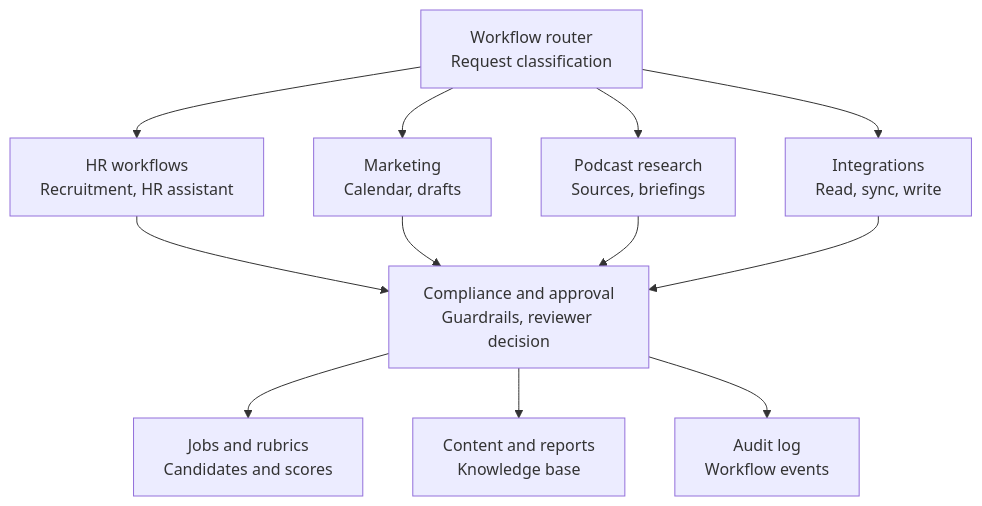
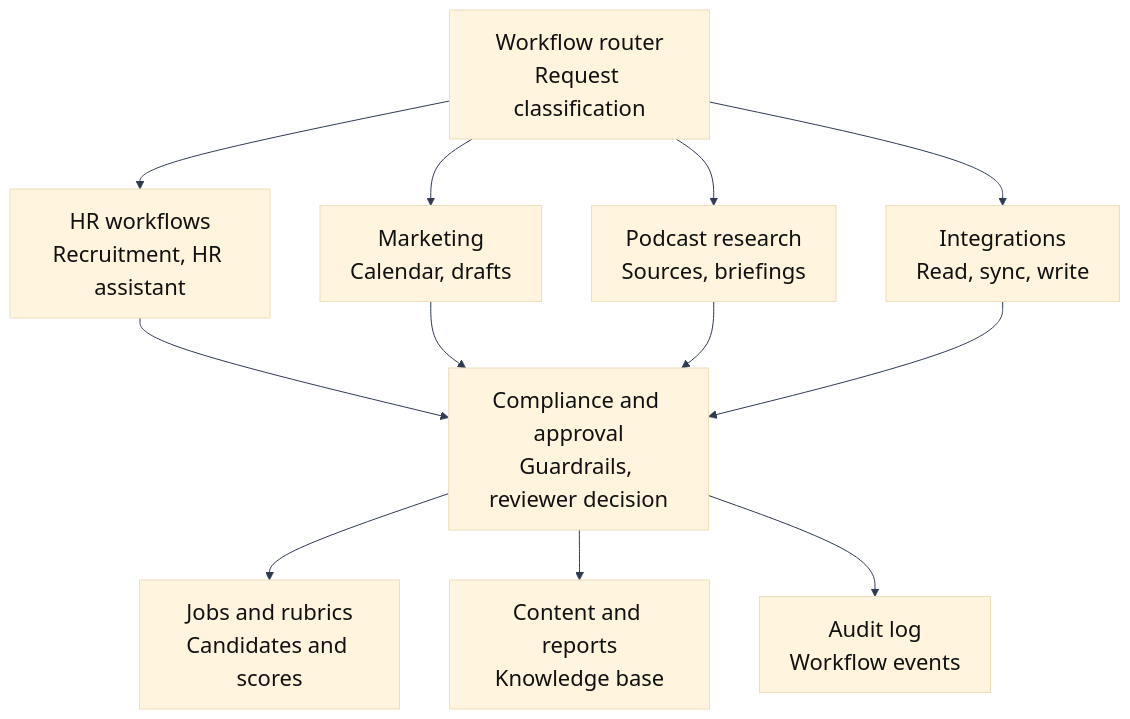
One commit to NinjDivorcdGorge/InfinityPool-report-IT-ved changed the diagram in ProjectReport/BE3_Major_Project_Report_LaTeX/images/diagrams/dfd-level1.mmd. Above: the diagram before and after it, drawn with Mermaid. The commit also changed 35 other files, not shown here.

```diff
--- a/ProjectReport/BE3_Major_Project_Report_LaTeX/images/diagrams/dfd-level1.mmd
+++ b/ProjectReport/BE3_Major_Project_Report_LaTeX/images/diagrams/dfd-level1.mmd
@@ -1,12 +1,24 @@
+%%{
+  init: {
+    'theme': 'base',
+    'themeVariables': {
+      'fontSize': '22px',
+      'fontFamily': 'Arial',
+      'lineColor': '#2f3b52',
+      'primaryTextColor': '#111111',
+      'tertiaryTextColor': '#111111'
+    }
+  }
+}%%
 flowchart TB
     R["Workflow router<br/>Request classification"] --> H["HR workflows<br/>Recruitment, HR assistant"]
     R --> M["Marketing<br/>Calendar, drafts"]
     R --> P["Podcast research<br/>Sources, briefings"]
     R --> I["Integrations<br/>Read, sync, write"]
     H --> V["Compliance and approval<br/>Guardrails, reviewer decision"]
     M --> V
     P --> V
     I --> V
     V --> J["Jobs and rubrics<br/>Candidates and scores"]
     V --> K["Content and reports<br/>Knowledge base"]
     V --> A["Audit log<br/>Workflow events"]
```
